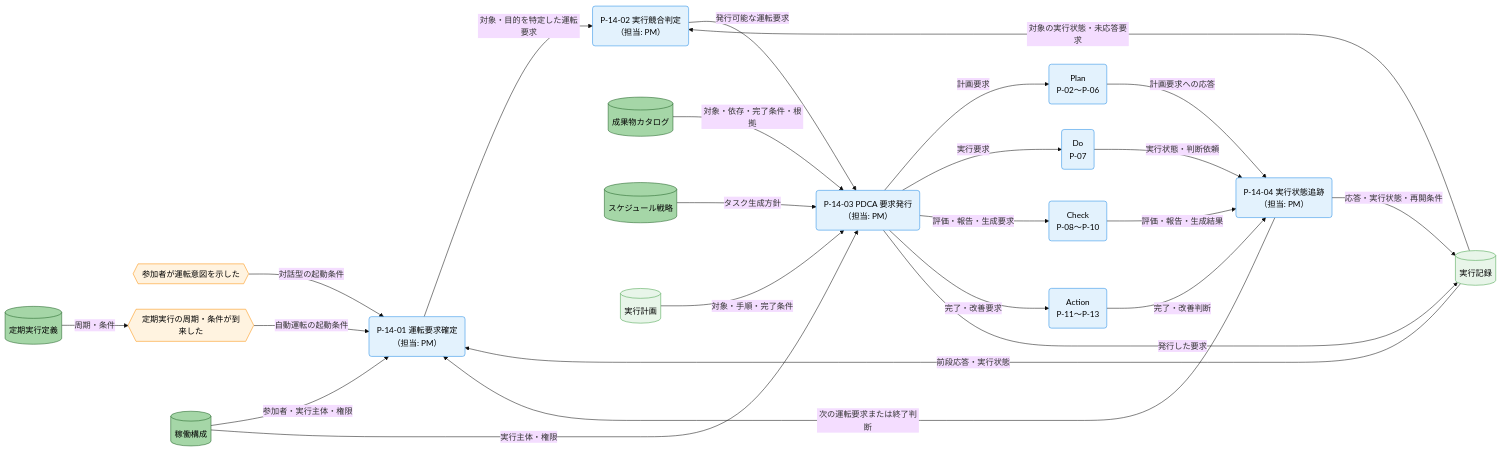
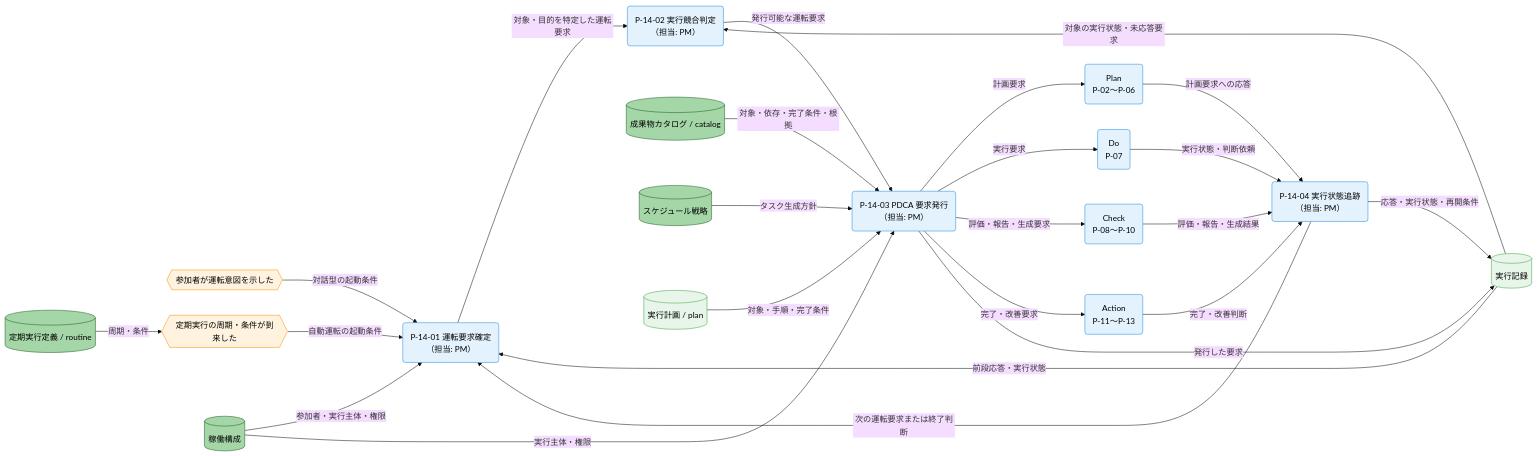
The diagram in docs/ja/product/010-business-specs/010-data-flow/cdfd-orchestrator.md (specdojo/specdojo), drawn with Mermaid (base theme) before and after one commit. The commit also changed other lines of this file and 14 other files, not shown here.

````diff
--- a/docs/ja/product/010-business-specs/010-data-flow/cdfd-orchestrator.md
+++ b/docs/ja/product/010-business-specs/010-data-flow/cdfd-orchestrator.md
@@ -78,53 +78,53 @@
 ```mermaid
 flowchart LR
   classDef process fill:#e3f2fd,stroke:#1e88e5,color:#000
   classDef event fill:#fff3e0,stroke:#fb8c00,color:#000
   classDef storeMaster fill:#a5d6a7,stroke:#1b5e20,color:#000
   classDef storeTransaction fill:#e8f5e9,stroke:#43a047,color:#000
 
   対話起点{{"参加者が運転意図を示した"}}
   自動起点{{"定期実行の周期・条件が到来した"}}
   運転要求確定("P-14-01 運転要求確定<br>（担当: PM）")
   実行競合判定("P-14-02 実行競合判定<br>（担当: PM）")
   要求発行("P-14-03 PDCA 要求発行<br>（担当: PM）")
   実行状態追跡("P-14-04 実行状態追跡<br>（担当: PM）")
   Plan("Plan<br>P-02〜P-06")
   Do("Do<br>P-07")
   Check("Check<br>P-08〜P-10")
   Action("Action<br>P-11〜P-13")
   稼働構成[("稼働構成")]
-  成果物カタログ[("成果物カタログ")]
+  成果物カタログ[("成果物カタログ / catalog")]
   スケジュール戦略[("スケジュール戦略")]
-  定期実行定義[("定期実行定義")]
-  実行計画[("実行計画")]
+  定期実行定義[("定期実行定義 / routine")]
+  実行計画[("実行計画 / plan")]
   実行記録[("実行記録")]
 
   対話起点 -->|"対話型の起動条件"| 運転要求確定
   定期実行定義 -->|"周期・条件"| 自動起点
   自動起点 -->|"自動運転の起動条件"| 運転要求確定
   稼働構成 -->|"参加者・実行主体・権限"| 運転要求確定
   実行記録 -->|"前段応答・実行状態"| 運転要求確定
   運転要求確定 -->|"対象・目的を特定した運転要求"| 実行競合判定
   実行記録 -->|"対象の実行状態・未応答要求"| 実行競合判定
   実行競合判定 -->|"発行可能な運転要求"| 要求発行
   成果物カタログ -->|"対象・依存・完了条件・根拠"| 要求発行
   スケジュール戦略 -->|"タスク生成方針"| 要求発行
   実行計画 -->|"対象・手順・完了条件"| 要求発行
   稼働構成 -->|"実行主体・権限"| 要求発行
   要求発行 -->|"計画要求"| Plan
   要求発行 -->|"実行要求"| Do
   要求発行 -->|"評価・報告・生成要求"| Check
   要求発行 -->|"完了・改善要求"| Action
   Plan -->|"計画要求への応答"| 実行状態追跡
   Do -->|"実行状態・判断依頼"| 実行状態追跡
   Check -->|"評価・報告・生成結果"| 実行状態追跡
   Action -->|"完了・改善判断"| 実行状態追跡
   要求発行 -->|"発行した要求"| 実行記録
   実行状態追跡 -->|"応答・実行状態・再開条件"| 実行記録
   実行状態追跡 -->|"次の運転要求または終了判断"| 運転要求確定
 
   class 運転要求確定,実行競合判定,要求発行,実行状態追跡,Plan,Do,Check,Action process
   class 対話起点,自動起点 event
   class 稼働構成,成果物カタログ,スケジュール戦略,定期実行定義 storeMaster
   class 実行計画,実行記録 storeTransaction
 ```
````
